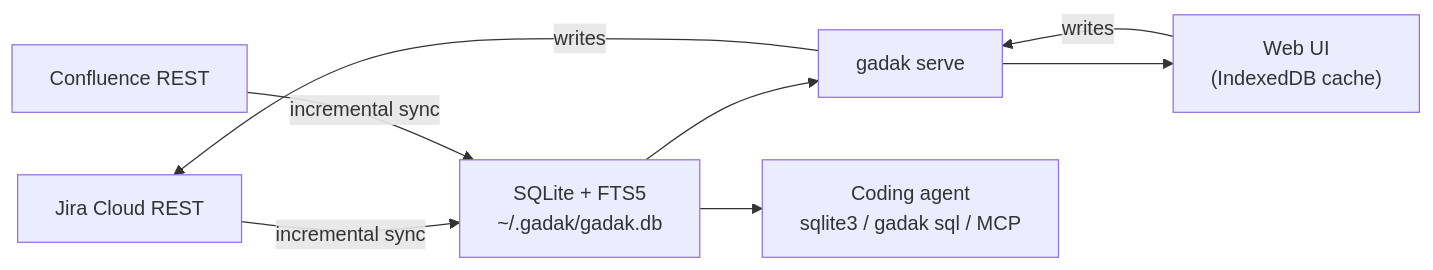
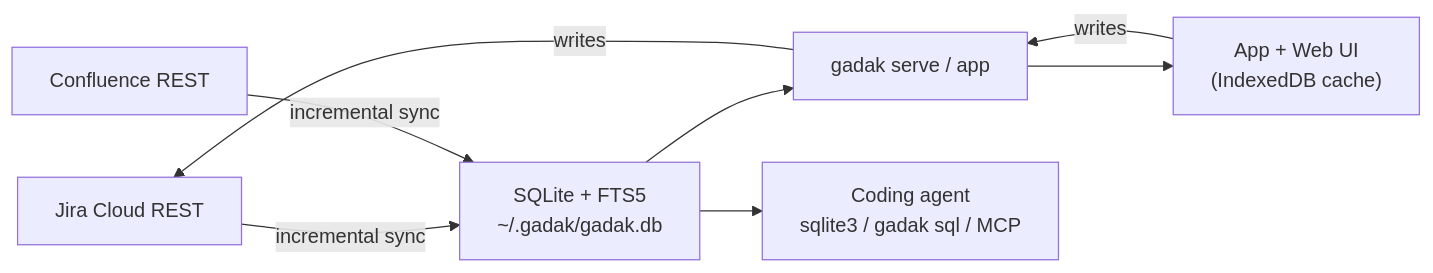
The diagram in README.md (midagedev/gadak), drawn with Mermaid before and after one commit. The commit also changed other lines of this file, not shown here.

First line of the commit message:
docs: lead the README with the macOS app

````diff
--- a/README.md
+++ b/README.md
@@ -228,10 +227,10 @@
 ```mermaid
 flowchart LR
   Jira["Jira Cloud REST"] -->|"incremental sync"| DB["SQLite + FTS5<br/>~/.gadak/gadak.db"]
   Wiki["Confluence REST"] -->|"incremental sync"| DB
-  DB --> Serve["gadak serve"]
-  Serve --> UI["Web UI<br/>(IndexedDB cache)"]
+  DB --> Serve["gadak serve / app"]
+  Serve --> UI["App + Web UI<br/>(IndexedDB cache)"]
   DB --> Agent["Coding agent<br/>sqlite3 / gadak sql / MCP"]
   UI -->|"writes"| Serve
   Serve -->|"writes"| Jira
 ```
````
